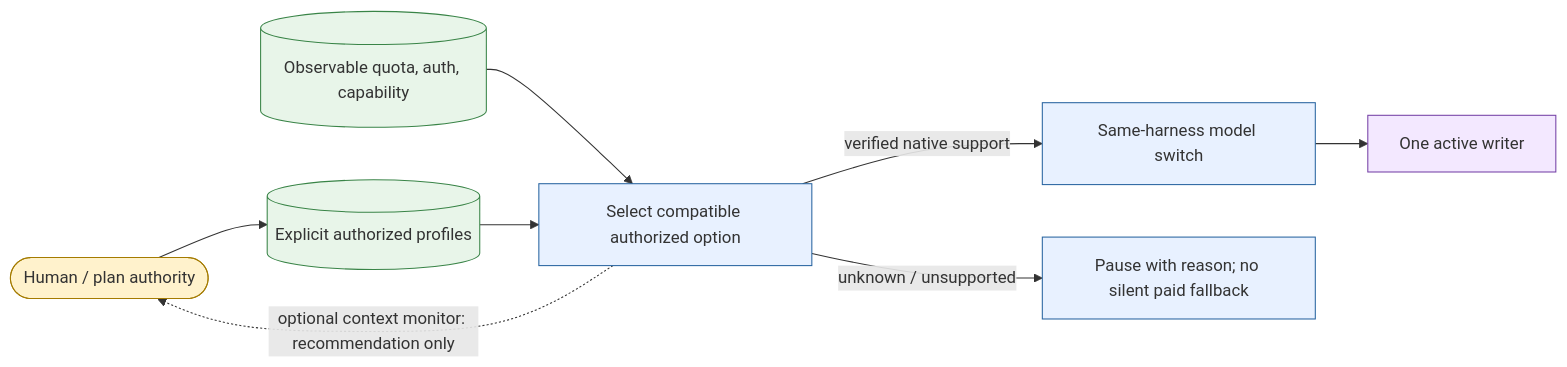
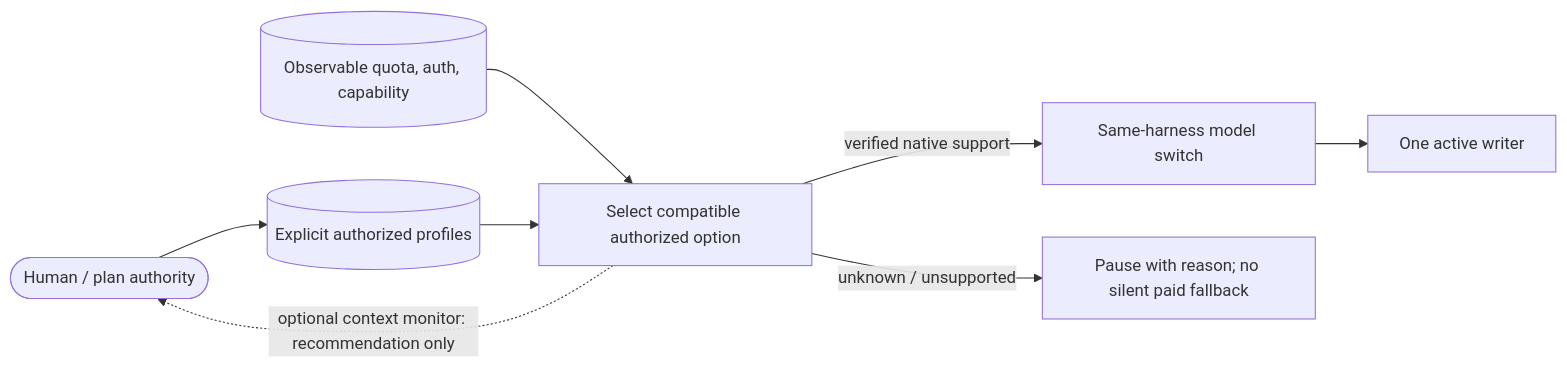
The fourth of 4 diagrams in README.md (Jero110/pi-house), drawn with Mermaid before and after one commit. The commit also changed other lines of this file and 2 other files, not shown here.

First line of the commit message:
fix: run CI on the Node that books-rag needs, and draw diagrams without colors

````diff
--- a/README.md
+++ b/README.md
@@ -135,13 +123,9 @@
 ```mermaid
 flowchart LR
-  classDef code fill:#e8f1ff,stroke:#2864a0
-  classDef llm fill:#f3e8ff,stroke:#7541a6
-  classDef store fill:#e8f5e9,stroke:#398447
-  classDef human fill:#fff2cc,stroke:#a47b00
-  H([Human / plan authority]):::human --> P[(Explicit authorized profiles)]:::store
-  Q[(Observable quota, auth, capability)]:::store --> R[Select compatible authorized option]:::code
+  H([Human / plan authority]) --> P[(Explicit authorized profiles)]
+  Q[(Observable quota, auth, capability)] --> R[Select compatible authorized option]
   P --> R
-  R -->|verified native support| S[Same-harness model switch]:::code --> W[One active writer]:::llm
-  R -->|unknown / unsupported| X[Pause with reason; no silent paid fallback]:::code
+  R -->|verified native support| S[Same-harness model switch] --> W[One active writer]
+  R -->|unknown / unsupported| X[Pause with reason; no silent paid fallback]
   R -. optional context monitor: recommendation only .-> H
 ```
````
